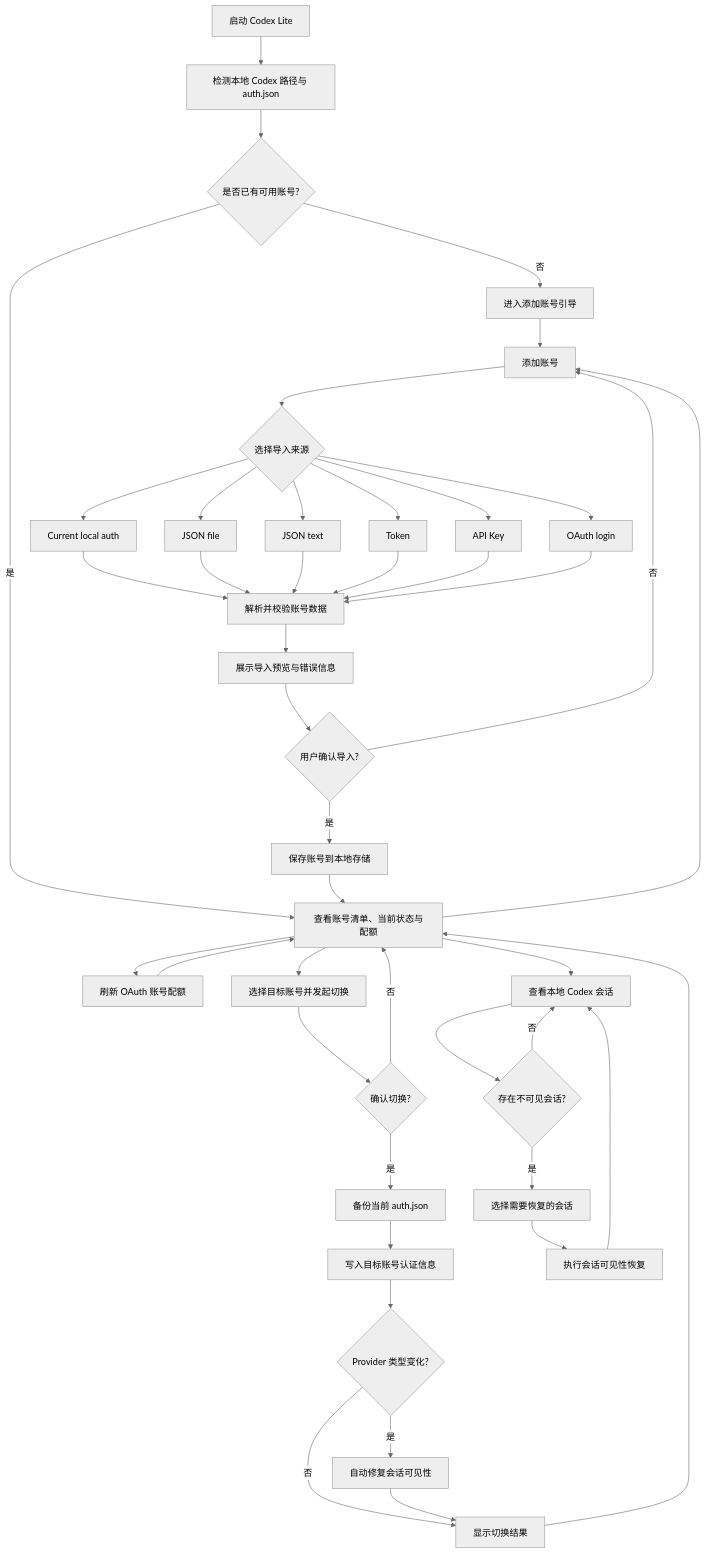
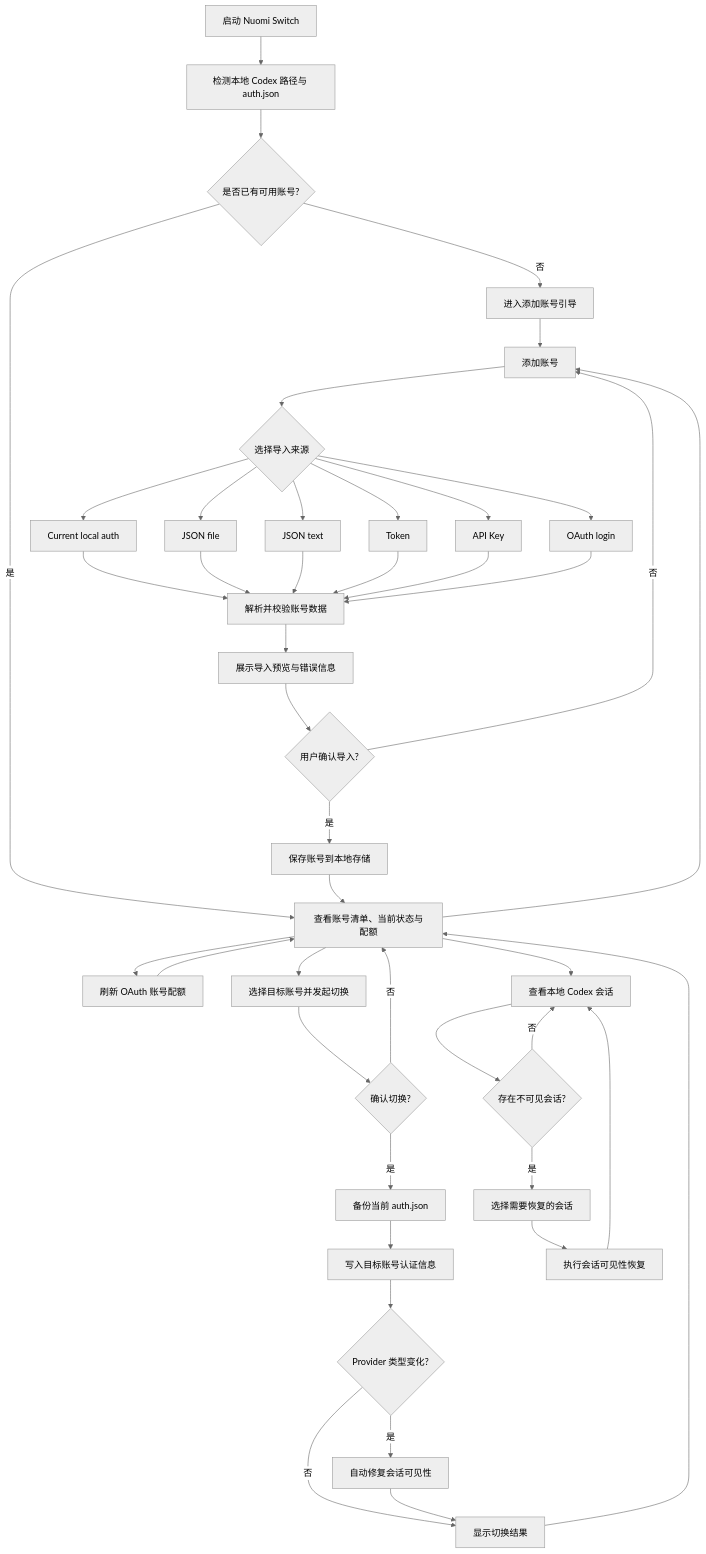
One commit to izz520/Nuomi-Switch changed the diagram in PRD.md. Above: the diagram before and after it, drawn with Mermaid (neutral theme). The commit also changed other lines of this file and 64 other files, not shown here.

````diff
--- a/PRD.md
+++ b/PRD.md
@@ -583,50 +583,50 @@
 ```mermaid
 flowchart TD
-    Start["启动 Codex Lite"] --> Detect["检测本地 Codex 路径与 auth.json"]
+    Start["启动 Nuomi Switch"] --> Detect["检测本地 Codex 路径与 auth.json"]
     Detect --> HasAccount{"是否已有可用账号?"}
     HasAccount -- "否" --> Empty["进入添加账号引导"]
     HasAccount -- "是" --> AccountList["查看账号清单、当前状态与配额"]
 
     Empty --> AddAccount["添加账号"]
     AccountList --> AddAccount
     AddAccount --> Source{"选择导入来源"}
     Source --> LocalAuth["Current local auth"]
     Source --> JsonFile["JSON file"]
     Source --> JsonText["JSON text"]
     Source --> TokenInput["Token"]
     Source --> ApiKeyInput["API Key"]
     Source --> OAuthLogin["OAuth login"]
 
     LocalAuth --> Validate["解析并校验账号数据"]
     JsonFile --> Validate
     JsonText --> Validate
     TokenInput --> Validate
     ApiKeyInput --> Validate
     OAuthLogin --> Validate
     Validate --> ImportPreview["展示导入预览与错误信息"]
     ImportPreview --> ImportDecision{"用户确认导入?"}
     ImportDecision -- "否" --> AddAccount
     ImportDecision -- "是" --> SaveAccount["保存账号到本地存储"]
     SaveAccount --> AccountList
 
     AccountList --> RefreshQuota["刷新 OAuth 账号配额"]
     RefreshQuota --> AccountList
 
     AccountList --> SwitchAccount["选择目标账号并发起切换"]
     SwitchAccount --> ConfirmSwitch{"确认切换?"}
     ConfirmSwitch -- "否" --> AccountList
     ConfirmSwitch -- "是" --> BackupAuth["备份当前 auth.json"]
     BackupAuth --> WriteAuth["写入目标账号认证信息"]
     WriteAuth --> ProviderChanged{"Provider 类型变化?"}
     ProviderChanged -- "否" --> SwitchResult["显示切换结果"]
     ProviderChanged -- "是" --> AutoRepair["自动修复会话可见性"]
     AutoRepair --> SwitchResult
     SwitchResult --> AccountList
 
     AccountList --> SessionList["查看本地 Codex 会话"]
     SessionList --> NeedRepair{"存在不可见会话?"}
     NeedRepair -- "否" --> SessionList
     NeedRepair -- "是" --> SelectSessions["选择需要恢复的会话"]
     SelectSessions --> ManualRepair["执行会话可见性恢复"]
     ManualRepair --> SessionList
 ```
````
